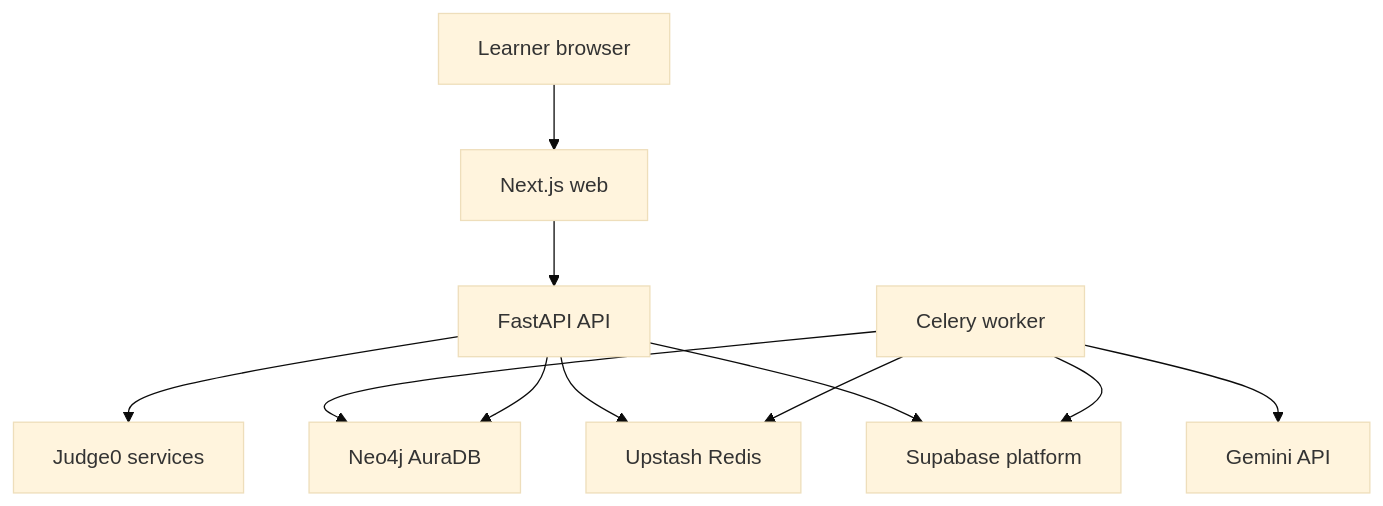
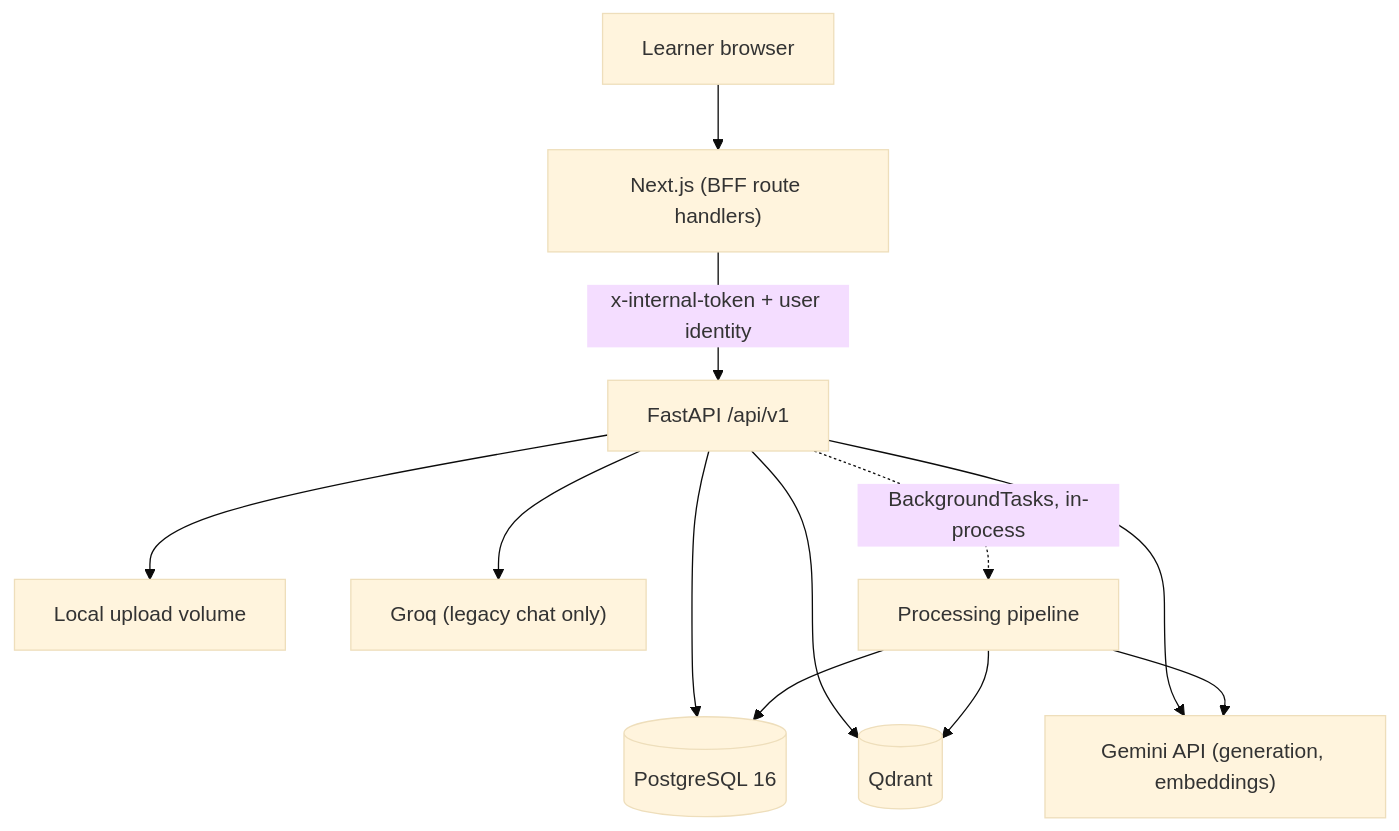
One commit to HARSHHLEDWANI/NeuroAdaptive-test changed the first of 5 diagrams in architecture.md. Above: the diagram before and after it, drawn with Mermaid (base theme). The commit also changed other lines of this file, not shown here.

Commit message:
docs: rewrite architecture.md as built, keep frozen target as Part B

````diff
--- a/architecture.md
+++ b/architecture.md
@@ -19,13 +31,14 @@
 ```mermaid
 flowchart TD
-    Learner["Learner browser"] --> Web["Next.js web"]
-    Web --> API["FastAPI API"]
-    API --> Data["Supabase platform"]
-    API --> Queue["Upstash Redis"]
-    Worker["Celery worker"] --> Queue
-    Worker --> Data
-    Worker --> AI["Gemini API"]
-    Worker --> Graph["Neo4j AuraDB"]
-    API --> Graph
-    API --> Judge["Judge0 services"]
+    Learner["Learner browser"] --> Web["Next.js (BFF route handlers)"]
+    Web -->|"x-internal-token + user identity"| API["FastAPI /api/v1"]
+    API --> PG[("PostgreSQL 16")]
+    API --> Q[("Qdrant")]
+    API --> Disk["Local upload volume"]
+    API --> Gem["Gemini API (generation, embeddings)"]
+    API --> Groq["Groq (legacy chat only)"]
+    API -. "BackgroundTasks, in-process" .-> Pipe["Processing pipeline"]
+    Pipe --> PG
+    Pipe --> Q
+    Pipe --> Gem
 ```
````
